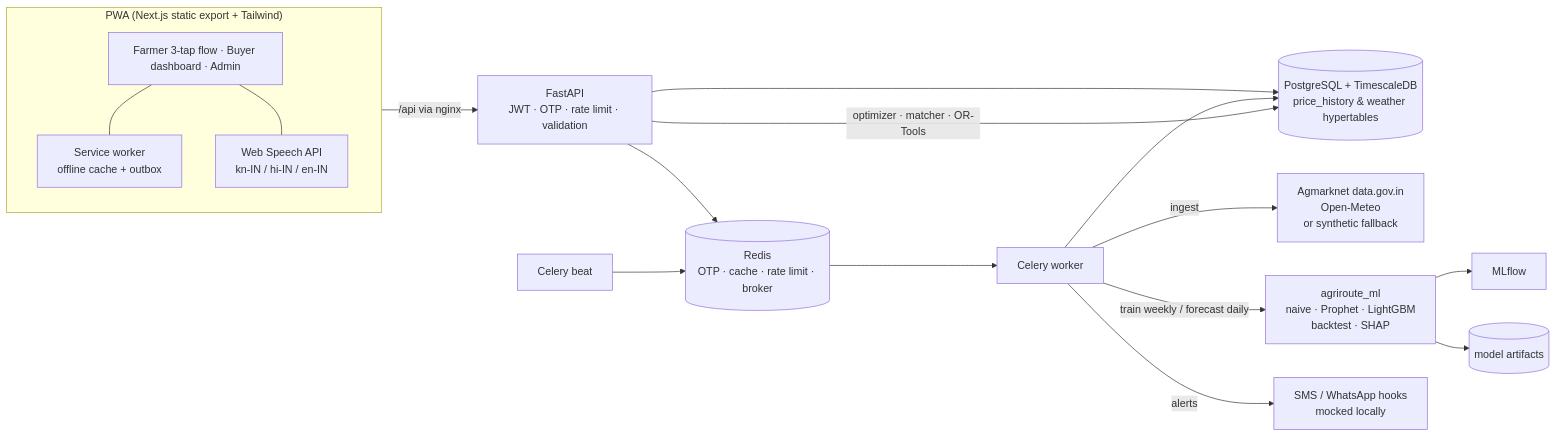
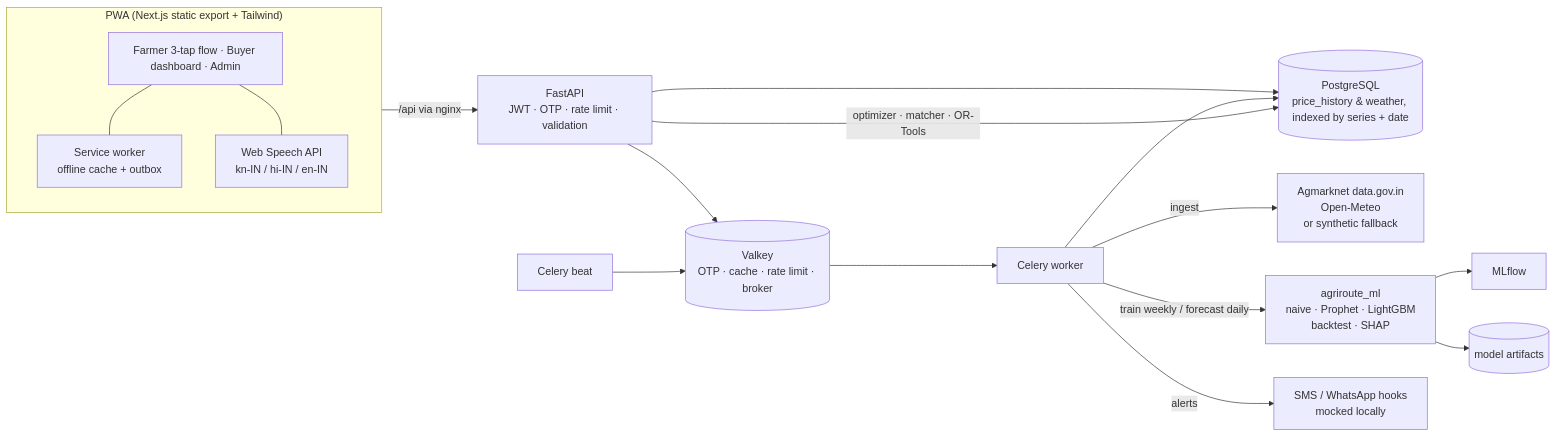
The diagram in README.md (abhi2715/farmer-price-assistant), drawn with Mermaid before and after one commit. The commit also changed other lines of this file and 11 other files, not shown here.

````diff
--- a/README.md
+++ b/README.md
@@ -60,18 +60,18 @@
 ```mermaid
 flowchart LR
   subgraph Client["PWA (Next.js static export + Tailwind)"]
     UI[Farmer 3-tap flow · Buyer dashboard · Admin] --- SW[Service worker<br/>offline cache + outbox]
     UI --- VOICE[Web Speech API<br/>kn-IN / hi-IN / en-IN]
   end
   Client -->|/api via nginx| API[FastAPI<br/>JWT · OTP · rate limit · validation]
-  API --> PG[(PostgreSQL + TimescaleDB<br/>price_history & weather hypertables)]
-  API --> R[(Redis<br/>OTP · cache · rate limit · broker)]
+  API --> PG[(PostgreSQL<br/>price_history & weather, indexed by series + date)]
+  API --> R[(Valkey<br/>OTP · cache · rate limit · broker)]
   BEAT[Celery beat] --> R --> W[Celery worker]
   W -->|ingest| SRC[Agmarknet data.gov.in<br/>Open-Meteo<br/>or synthetic fallback]
   W -->|train weekly / forecast daily| ML[agriroute_ml<br/>naive · Prophet · LightGBM<br/>backtest · SHAP]
   ML --> MLF[MLflow]
   ML --> ART[(model artifacts)]
   W --> PG
   API -->|optimizer · matcher · OR-Tools| PG
   W -->|alerts| N[SMS / WhatsApp hooks<br/>mocked locally]
 ```
````
